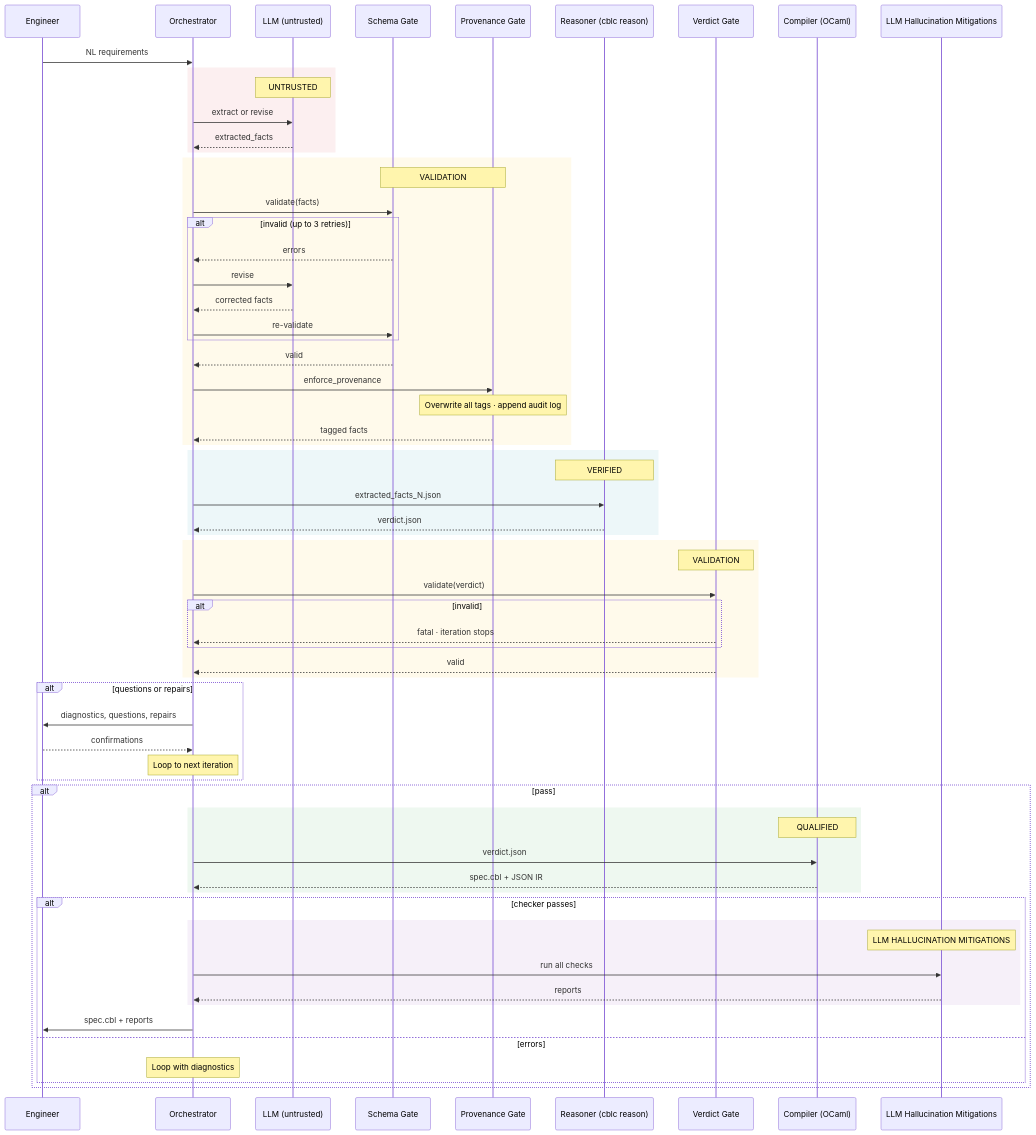
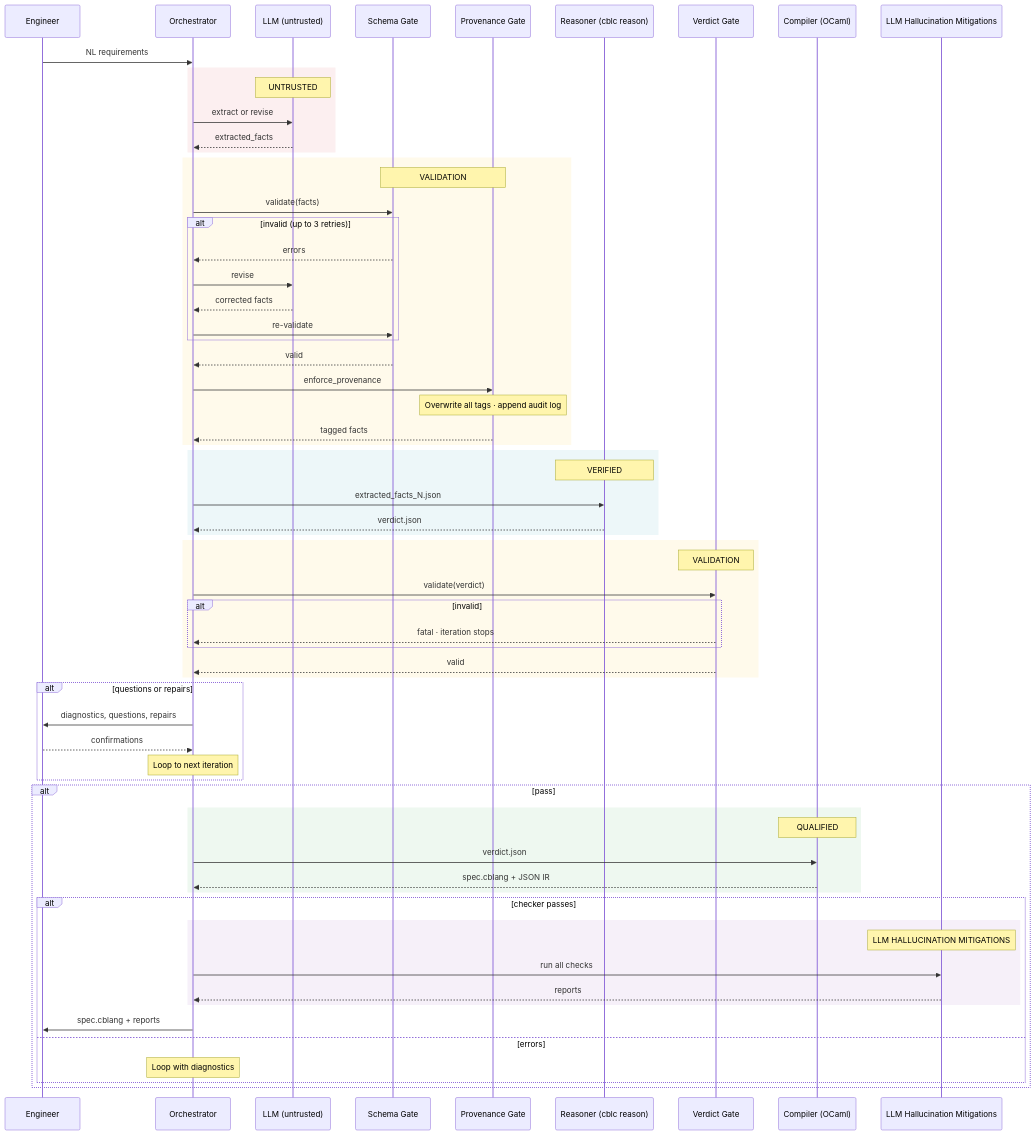
The second of 2 diagrams in ARCHITECTURE.md (isrlab/cbl), drawn with Mermaid before and after one commit. The commit also changed other lines of this file and 18 other files, not shown here.

````diff
--- a/ARCHITECTURE.md
+++ b/ARCHITECTURE.md
@@ -234,74 +234,74 @@
 ```mermaid
 sequenceDiagram
     participant E as Engineer
     participant O as Orchestrator
     participant L as LLM (untrusted)
     participant S as Schema Gate
     participant P as Provenance Gate
     participant R as Reasoner (cblc reason)
     participant V as Verdict Gate
     participant C as Compiler (OCaml)
     participant M as LLM Hallucination Mitigations
 
     E->>O: NL requirements
 
     rect rgba(248,215,218,0.4)
         Note over L: UNTRUSTED
         O->>L: extract or revise
         L-->>O: extracted_facts
     end
 
     rect rgba(255,243,205,0.4)
         Note over S,P: VALIDATION
         O->>S: validate(facts)
         alt invalid (up to 3 retries)
             S-->>O: errors
             O->>L: revise
             L-->>O: corrected facts
             O->>S: re-validate
         end
         S-->>O: valid
         O->>P: enforce_provenance
         Note over P: Overwrite all tags · append audit log
         P-->>O: tagged facts
     end
 
     rect rgba(209,236,241,0.4)
         Note over R: VERIFIED
         O->>R: extracted_facts_N.json
         R-->>O: verdict.json
     end
 
     rect rgba(255,243,205,0.4)
         Note over V: VALIDATION
         O->>V: validate(verdict)
         alt invalid
             V-->>O: fatal · iteration stops
         end
         V-->>O: valid
     end
 
     alt questions or repairs
         O->>E: diagnostics, questions, repairs
         E-->>O: confirmations
         Note over O: Loop to next iteration
     end
 
     alt pass
         rect rgba(212,237,218,0.4)
             Note over C: QUALIFIED
             O->>C: verdict.json
-            C-->>O: spec.cbl + JSON IR
+            C-->>O: spec.cblang + JSON IR
         end
         alt checker passes
             rect rgba(232,218,239,0.4)
                 Note over M: LLM HALLUCINATION MITIGATIONS
                 O->>M: run all checks
                 M-->>O: reports
             end
-            O->>E: spec.cbl + reports
+            O->>E: spec.cblang + reports
         else errors
             Note over O: Loop with diagnostics
         end
     end
 ```
````
